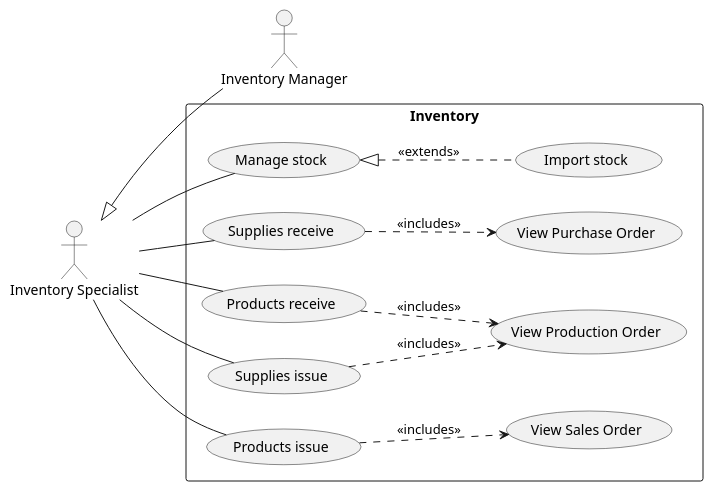
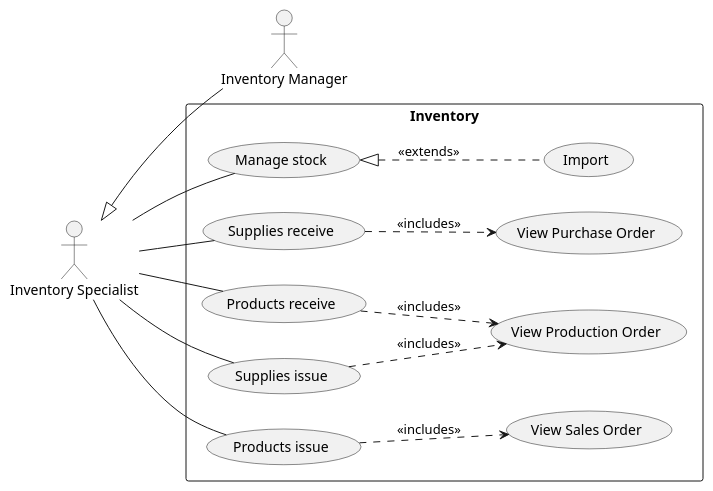
The diagram in use-cases/inventory.plantuml (phihungha/scmss-reqs), drawn with PlantUML before and after one commit. The commit also changed 7 other files, not shown here.

```diff
--- a/use-cases/inventory.plantuml
+++ b/use-cases/inventory.plantuml
@@ -1,22 +1,22 @@
 @startuml inventory
 left to right direction
 
 :Inventory Manager: as im
 :Inventory Specialist: as is
 is <|-- im
 
 rectangle Inventory {
     is -- (Manage stock)
-    (Manage stock) <|.. (Import stock) : <<extends>>
+    (Manage stock) <|.. (Import) : <<extends>>
 
     is -- (Supplies receive)
     (Supplies receive) ..> (View Purchase Order) : <<includes>>
     is -- (Products receive)
     (Products receive) ..> (View Production Order) : <<includes>>
 
     is -- (Supplies issue)
     (Supplies issue) ..> (View Production Order) : <<includes>>
     is -- (Products issue)
     (Products issue) ..> (View Sales Order) : <<includes>>
 }
 @enduml
```
